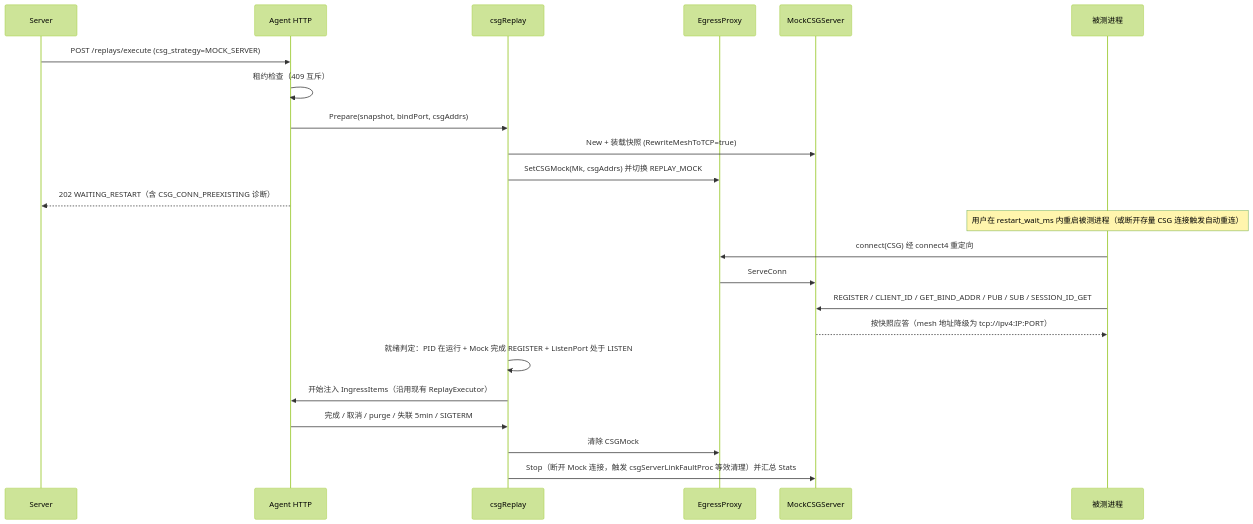
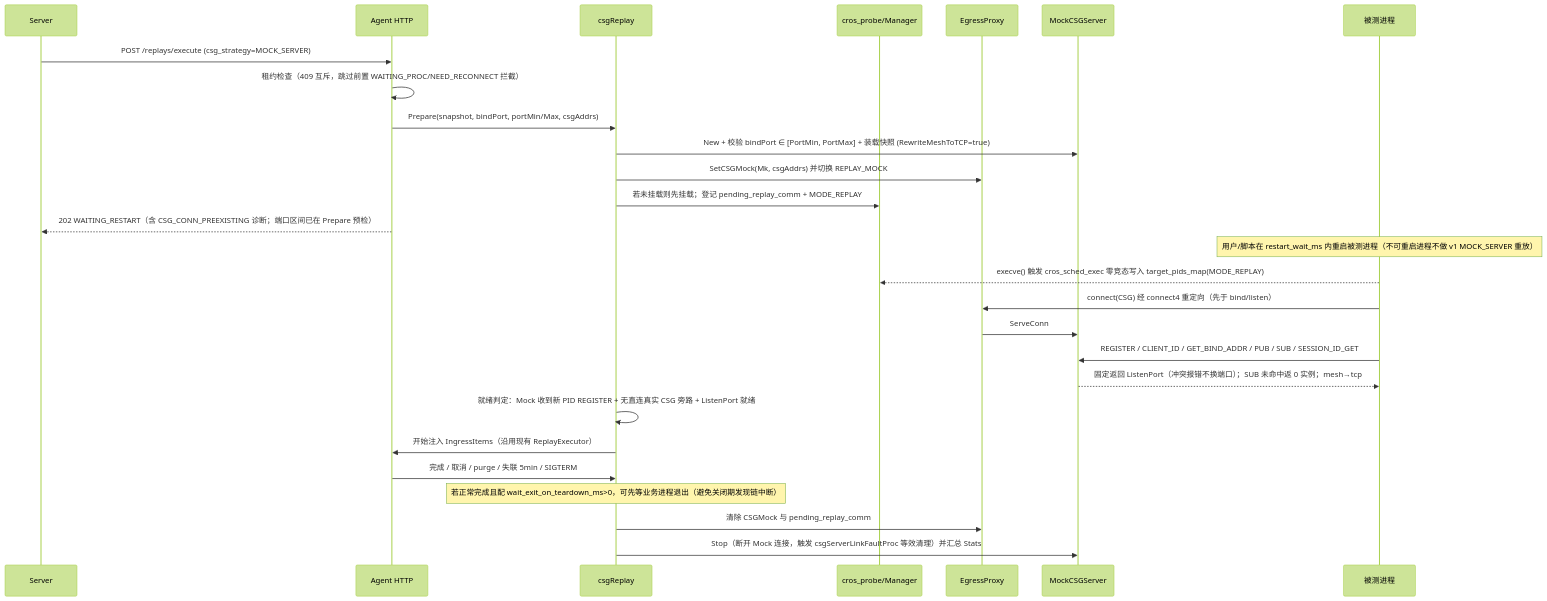
The second of 2 diagrams in docs/05-adr/21-csg-aware-agent-service-discovery-and-replay-mock-adr.md (fugui/code-contract), drawn with Mermaid (forest theme) before and after one commit. The commit also changed other lines of this file and 1 other file, not shown here.

````diff
--- a/docs/05-adr/21-csg-aware-agent-service-discovery-and-replay-mock-adr.md
+++ b/docs/05-adr/21-csg-aware-agent-service-discovery-and-replay-mock-adr.md
@@ -971,25 +984,29 @@
 ```mermaid
 sequenceDiagram
     participant Srv as Server
     participant Ag as Agent HTTP
     participant Orc as csgReplay
+    participant Ebpf as cros_probe/Manager
     participant Px as EgressProxy
     participant Mk as MockCSGServer
     participant Biz as 被测进程
     Srv->>Ag: POST /replays/execute (csg_strategy=MOCK_SERVER)
-    Ag->>Ag: 租约检查（409 互斥）
-    Ag->>Orc: Prepare(snapshot, bindPort, csgAddrs)
-    Orc->>Mk: New + 装载快照 (RewriteMeshToTCP=true)
+    Ag->>Ag: 租约检查（409 互斥，跳过前置 WAITING_PROC/NEED_RECONNECT 拦截）
+    Ag->>Orc: Prepare(snapshot, bindPort, portMin/Max, csgAddrs)
+    Orc->>Mk: New + 校验 bindPort ∈ [PortMin, PortMax] + 装载快照 (RewriteMeshToTCP=true)
     Orc->>Px: SetCSGMock(Mk, csgAddrs) 并切换 REPLAY_MOCK
-    Ag-->>Srv: 202 WAITING_RESTART（含 CSG_CONN_PREEXISTING 诊断）
-    Note over Biz: 用户在 restart_wait_ms 内重启被测进程（或断开存量 CSG 连接触发自动重连）
-    Biz->>Px: connect(CSG) 经 connect4 重定向
+    Orc->>Ebpf: 若未挂载则先挂载；登记 pending_replay_comm + MODE_REPLAY
+    Ag-->>Srv: 202 WAITING_RESTART（含 CSG_CONN_PREEXISTING 诊断；端口区间已在 Prepare 预检）
+    Note over Biz: 用户/脚本在 restart_wait_ms 内重启被测进程（不可重启进程不做 v1 MOCK_SERVER 重放）
+    Biz-->>Ebpf: execve() 触发 cros_sched_exec 零竞态写入 target_pids_map(MODE_REPLAY)
+    Biz->>Px: connect(CSG) 经 connect4 重定向（先于 bind/listen）
     Px->>Mk: ServeConn
     Biz->>Mk: REGISTER / CLIENT_ID / GET_BIND_ADDR / PUB / SUB / SESSION_ID_GET
-    Mk-->>Biz: 按快照应答（mesh 地址降级为 tcp://ipv4:IP:PORT）
-    Orc->>Orc: 就绪判定：PID 在运行 + Mock 完成 REGISTER + ListenPort 处于 LISTEN
+    Mk-->>Biz: 固定返回 ListenPort（冲突报错不换端口）；SUB 未命中返 0 实例；mesh→tcp
+    Orc->>Orc: 就绪判定：Mock 收到新 PID REGISTER + 无直连真实 CSG 旁路 + ListenPort 就绪
     Orc->>Ag: 开始注入 IngressItems（沿用现有 ReplayExecutor）
     Ag->>Orc: 完成 / 取消 / purge / 失联 5min / SIGTERM
-    Orc->>Px: 清除 CSGMock
+    Note over Orc: 若正常完成且配 wait_exit_on_teardown_ms>0，可先等业务进程退出（避免关闭期发现链中断）
+    Orc->>Px: 清除 CSGMock 与 pending_replay_comm
     Orc->>Mk: Stop（断开 Mock 连接，触发 csgServerLinkFaultProc 等效清理）并汇总 Stats
 ```
````
